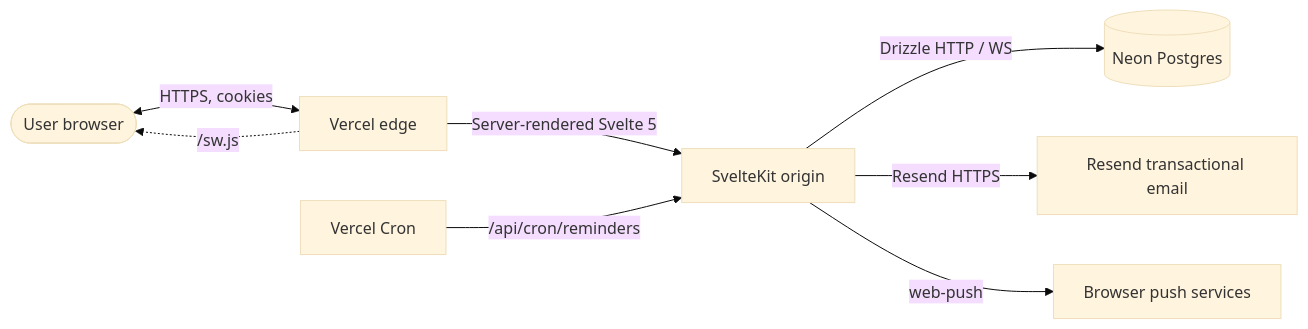
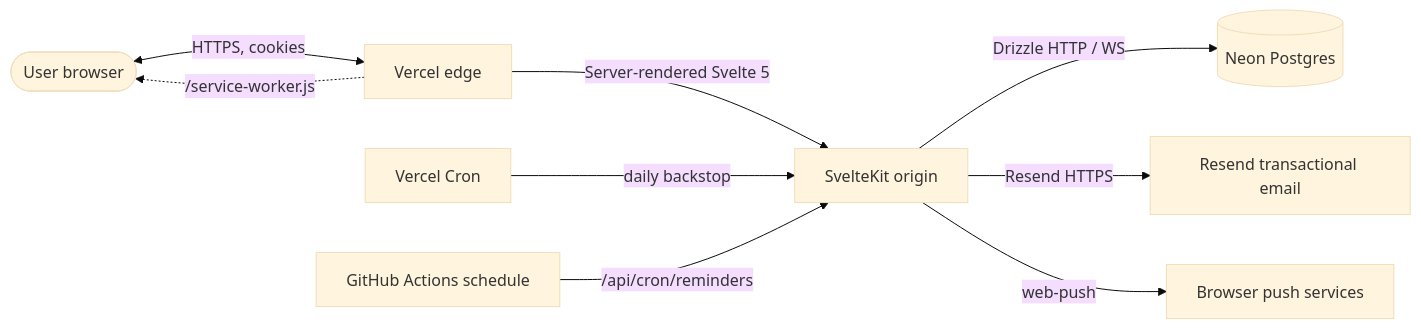
One commit to JWhite212/medication-tracker changed the first of 3 diagrams in docs/architecture.md. Above: the diagram before and after it, drawn with Mermaid (base theme). The commit also changed other lines of this file and 1 other file, not shown here.

````diff
--- a/docs/architecture.md
+++ b/docs/architecture.md
@@ -11,10 +11,11 @@
 ```mermaid
 flowchart LR
     User([User browser]) <-->|HTTPS, cookies| Vercel[Vercel edge]
     Vercel -->|Server-rendered Svelte 5| Origin[SvelteKit origin]
     Origin -->|Drizzle HTTP / WS| Neon[(Neon Postgres)]
     Origin -->|Resend HTTPS| Resend[Resend transactional email]
     Origin -->|web-push| WebPush[Browser push services]
-    Cron[Vercel Cron] -->|/api/cron/reminders| Origin
-    Vercel -.->|/sw.js| User
+    Cron[Vercel Cron] -->|daily backstop| Origin
+    GHA[GitHub Actions schedule] -->|/api/cron/reminders| Origin
+    Vercel -.->|/service-worker.js| User
 ```
````
